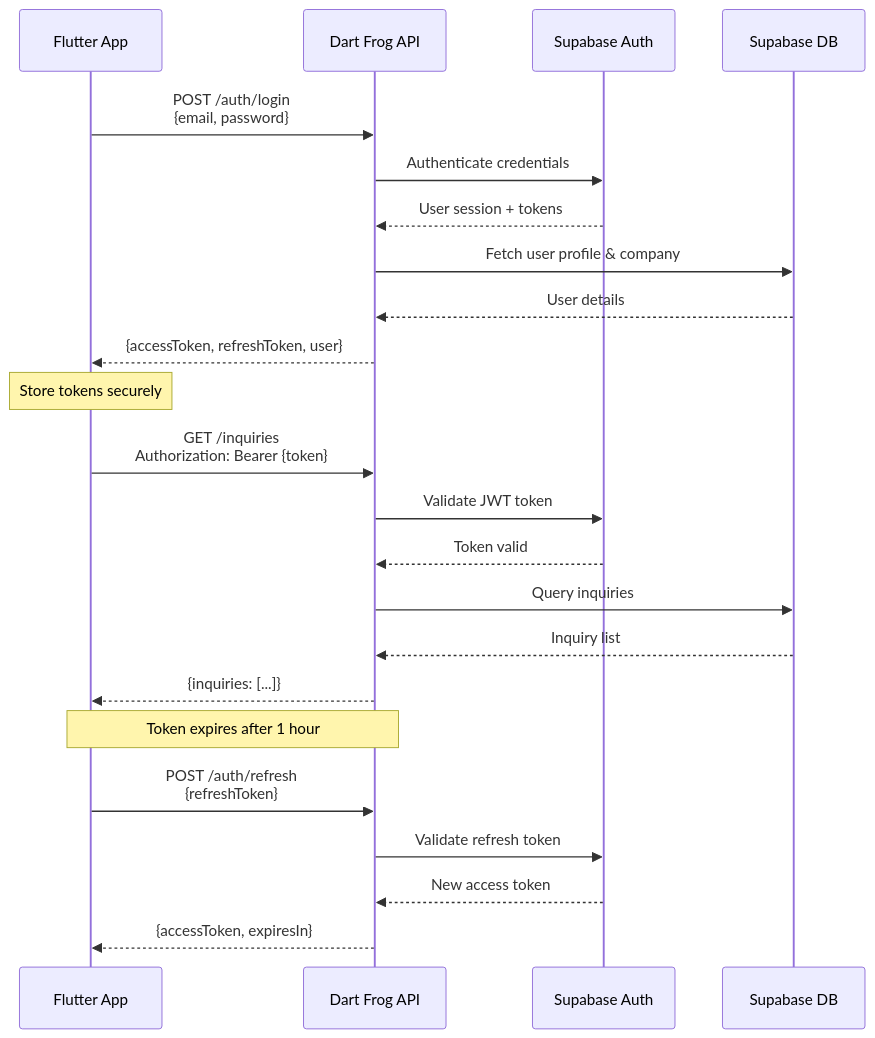
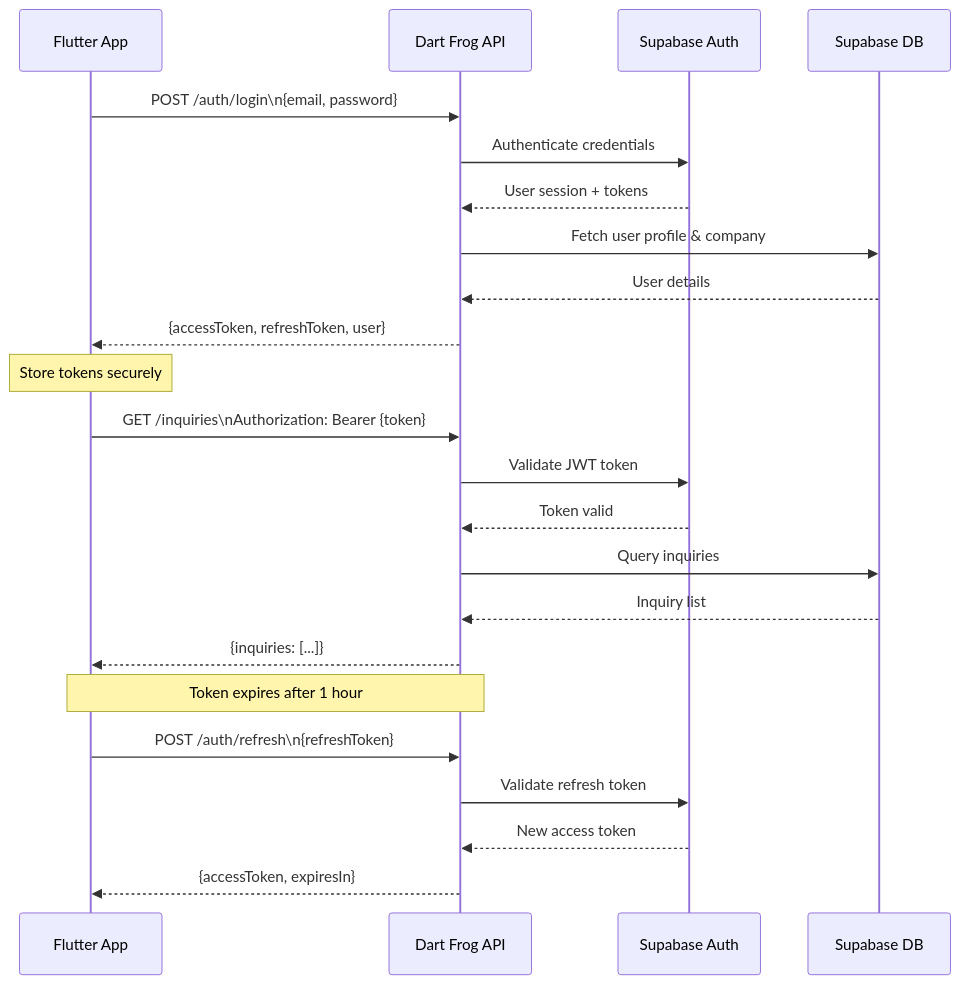
The seventh of 11 diagrams in docs/ARCHITECTURE.md (ednet-org/som-app), drawn with Mermaid before and after one commit. The commit also changed other lines of this file and 1 other file, not shown here.

First line of the commit message:
fix(docs): Simplify Mermaid diagram labels for GitHub compatibility.

````diff
--- a/docs/ARCHITECTURE.md
+++ b/docs/ARCHITECTURE.md
@@ -405,30 +405,30 @@
 ```mermaid
 sequenceDiagram
     participant Client as Flutter App
     participant API as Dart Frog API
     participant Auth as Supabase Auth
     participant DB as Supabase DB
 
-    Client->>API: POST /auth/login<br/>{email, password}
+    Client->>API: POST /auth/login\n{email, password}
     API->>Auth: Authenticate credentials
     Auth-->>API: User session + tokens
     API->>DB: Fetch user profile & company
     DB-->>API: User details
     API-->>Client: {accessToken, refreshToken, user}
 
     Note over Client: Store tokens securely
 
-    Client->>API: GET /inquiries<br/>Authorization: Bearer {token}
+    Client->>API: GET /inquiries\nAuthorization: Bearer {token}
     API->>Auth: Validate JWT token
     Auth-->>API: Token valid
     API->>DB: Query inquiries
     DB-->>API: Inquiry list
     API-->>Client: {inquiries: [...]}
 
     Note over Client,API: Token expires after 1 hour
 
-    Client->>API: POST /auth/refresh<br/>{refreshToken}
+    Client->>API: POST /auth/refresh\n{refreshToken}
     API->>Auth: Validate refresh token
     Auth-->>API: New access token
     API-->>Client: {accessToken, expiresIn}
 ```
````
